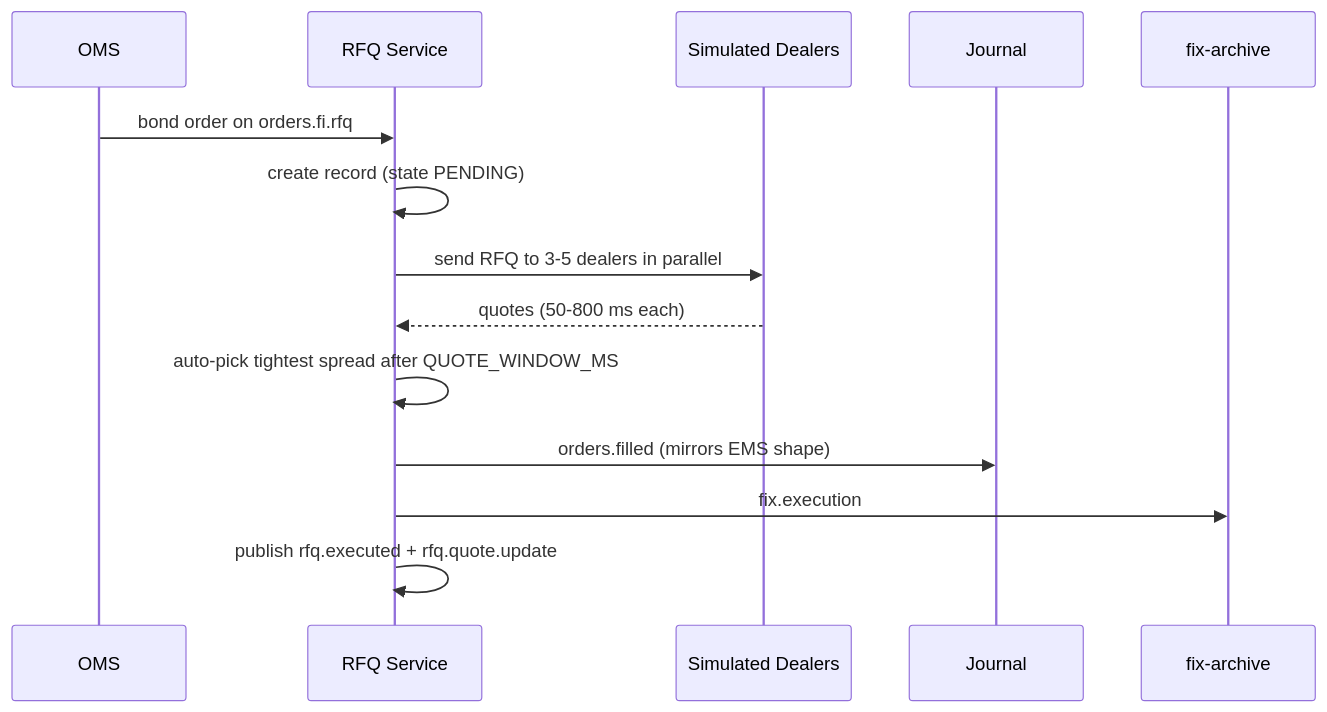
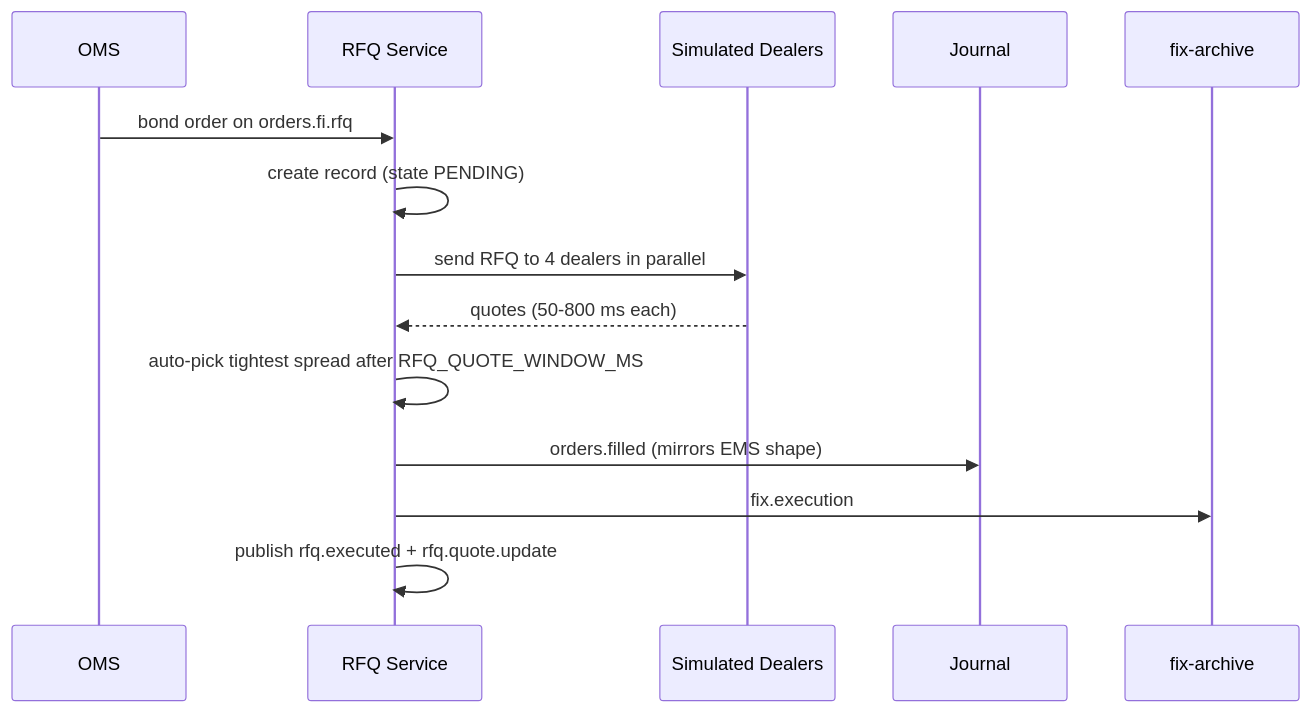
One commit to milesburton/veta-trading-platform changed the diagram in docs/site/src/content/docs/platform/post-trade-rfq.mdx. Above: the diagram before and after it, drawn with Mermaid. The commit also changed other lines of this file and 2 other files, not shown here.

Commit message:
docs: correct dark pool, RFQ and CCP pages against their services

````diff
--- a/docs/site/src/content/docs/platform/post-trade-rfq.mdx
+++ b/docs/site/src/content/docs/platform/post-trade-rfq.mdx
@@ -16,17 +16,17 @@
 ```mermaid
 sequenceDiagram
     participant OMS
     participant RFQ as RFQ Service
     participant Dealers as Simulated Dealers
     participant Journal
     participant FIX as fix-archive
 
     OMS->>RFQ: bond order on orders.fi.rfq
     RFQ->>RFQ: create record (state PENDING)
-    RFQ->>Dealers: send RFQ to 3-5 dealers in parallel
+    RFQ->>Dealers: send RFQ to 4 dealers in parallel
     Dealers-->>RFQ: quotes (50-800 ms each)
-    RFQ->>RFQ: auto-pick tightest spread after QUOTE_WINDOW_MS
+    RFQ->>RFQ: auto-pick tightest spread after RFQ_QUOTE_WINDOW_MS
     RFQ->>Journal: orders.filled (mirrors EMS shape)
     RFQ->>FIX: fix.execution
     RFQ->>RFQ: publish rfq.executed + rfq.quote.update
 ```
````
